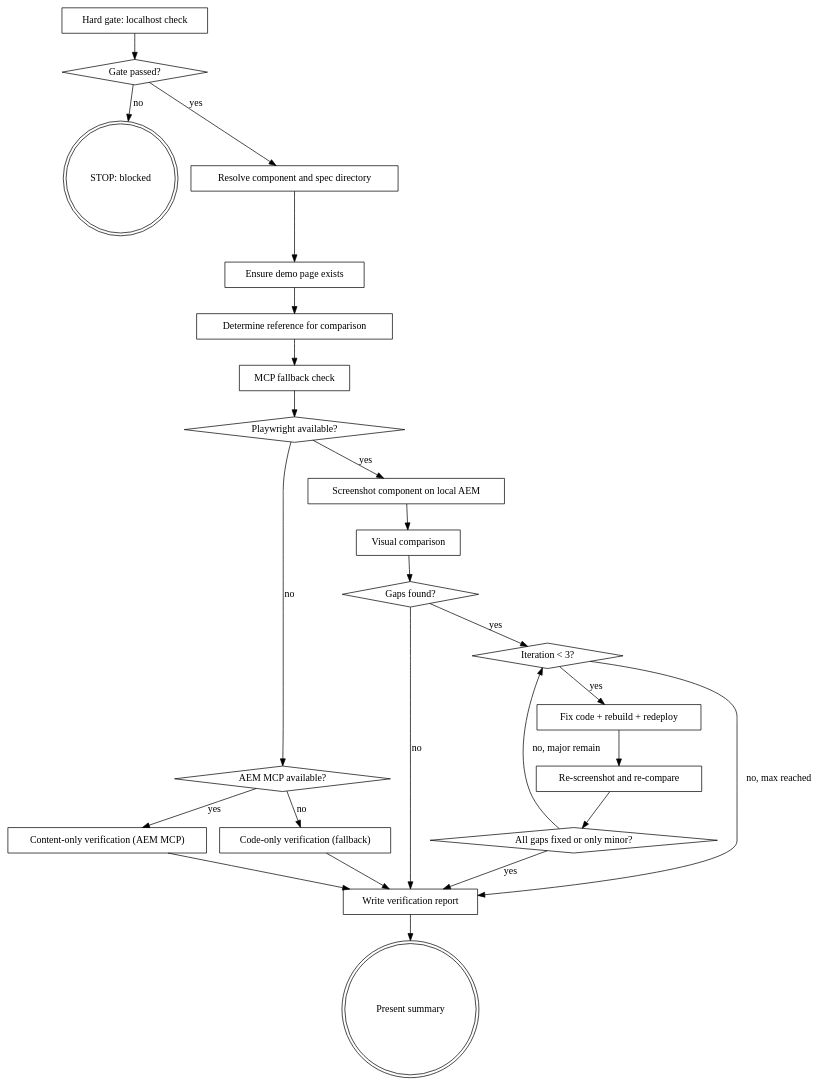
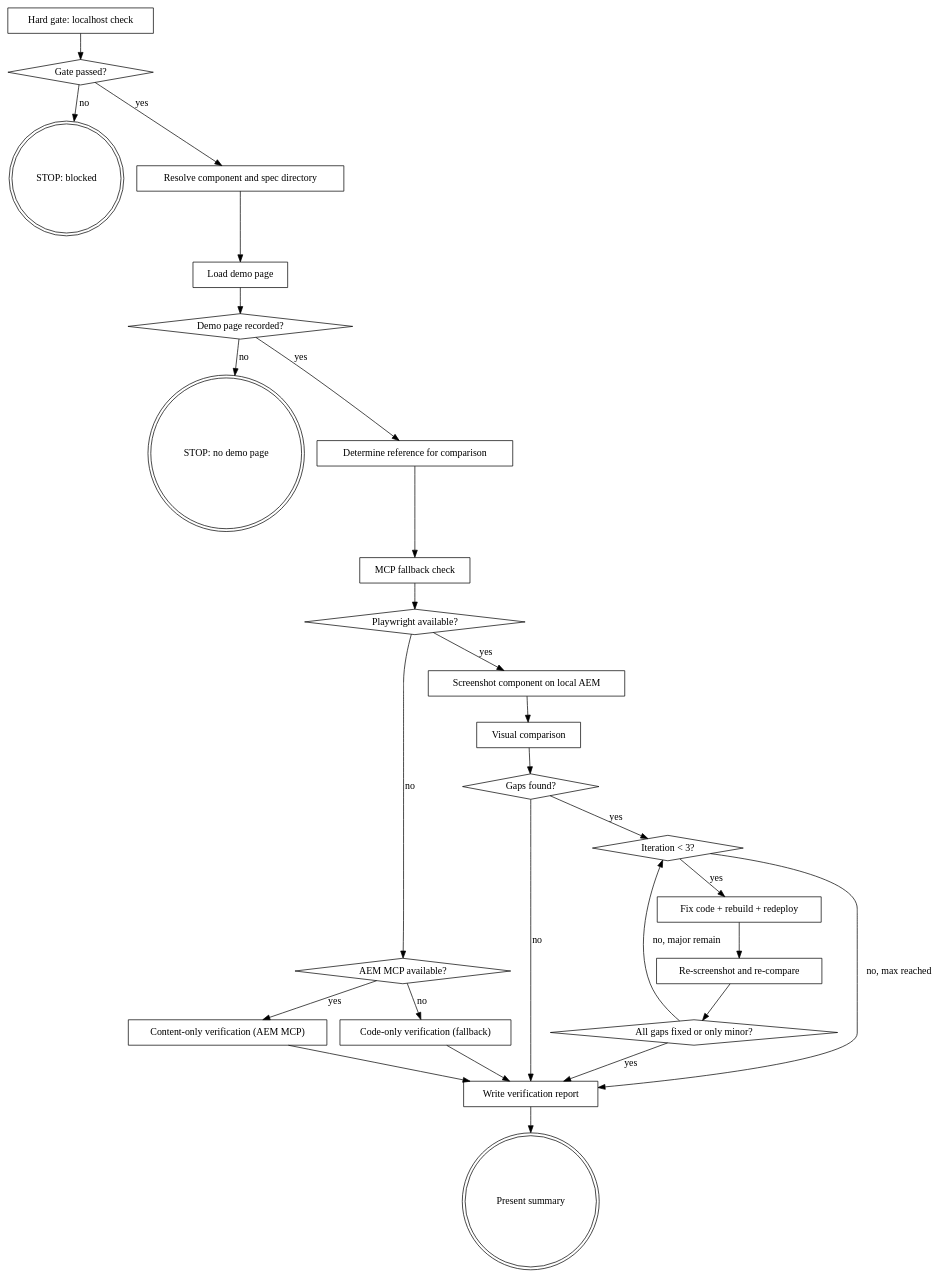
One commit to easingthemes/dx-aem-flow changed the diagram in plugins/dx-aem/skills/aem-fe-verify/SKILL.md. Above: the diagram before and after it, drawn with Graphviz. The commit also changed other lines of this file and 88 other files, not shown here.

First line of the commit message:
feat: consolidate post-merge flow into aem-demo-page, dx-qa-handoff and dx-post-merge (#283)

````diff
--- a/plugins/dx-aem/skills/aem-fe-verify/SKILL.md
+++ b/plugins/dx-aem/skills/aem-fe-verify/SKILL.md
@@ -35,49 +35,53 @@
 ```dot
 digraph aem_fe_verify {
     "Hard gate: localhost check" [shape=box];
     "Gate passed?" [shape=diamond];
     "STOP: blocked" [shape=doublecircle];
     "Resolve component and spec directory" [shape=box];
-    "Ensure demo page exists" [shape=box];
+    "Load demo page" [shape=box];
+    "Demo page recorded?" [shape=diamond];
+    "STOP: no demo page" [shape=doublecircle];
     "Determine reference for comparison" [shape=box];
     "MCP fallback check" [shape=box];
     "Playwright available?" [shape=diamond];
     "AEM MCP available?" [shape=diamond];
     "Content-only verification (AEM MCP)" [shape=box];
     "Code-only verification (fallback)" [shape=box];
     "Screenshot component on local AEM" [shape=box];
     "Visual comparison" [shape=box];
     "Gaps found?" [shape=diamond];
     "Iteration < 3?" [shape=diamond];
     "Fix code + rebuild + redeploy" [shape=box];
     "Re-screenshot and re-compare" [shape=box];
     "All gaps fixed or only minor?" [shape=diamond];
     "Write verification report" [shape=box];
     "Present summary" [shape=doublecircle];
 
     "Hard gate: localhost check" -> "Gate passed?";
     "Gate passed?" -> "STOP: blocked" [label="no"];
     "Gate passed?" -> "Resolve component and spec directory" [label="yes"];
-    "Resolve component and spec directory" -> "Ensure demo page exists";
-    "Ensure demo page exists" -> "Determine reference for comparison";
+    "Resolve component and spec directory" -> "Load demo page";
+    "Load demo page" -> "Demo page recorded?";
+    "Demo page recorded?" -> "STOP: no demo page" [label="no"];
+    "Demo page recorded?" -> "Determine reference for comparison" [label="yes"];
     "Determine reference for comparison" -> "MCP fallback check";
     "MCP fallback check" -> "Playwright available?";
     "Playwright available?" -> "Screenshot component on local AEM" [label="yes"];
     "Playwright available?" -> "AEM MCP available?" [label="no"];
     "AEM MCP available?" -> "Content-only verification (AEM MCP)" [label="yes"];
     "AEM MCP available?" -> "Code-only verification (fallback)" [label="no"];
     "Content-only verification (AEM MCP)" -> "Write verification report";
     "Code-only verification (fallback)" -> "Write verification report";
     "Screenshot component on local AEM" -> "Visual comparison";
     "Visual comparison" -> "Gaps found?";
     "Gaps found?" -> "Write verification report" [label="no"];
     "Gaps found?" -> "Iteration < 3?" [label="yes"];
     "Iteration < 3?" -> "Fix code + rebuild + redeploy" [label="yes"];
     "Iteration < 3?" -> "Write verification report" [label="no, max reached"];
     "Fix code + rebuild + redeploy" -> "Re-screenshot and re-compare";
     "Re-screenshot and re-compare" -> "All gaps fixed or only minor?";
     "All gaps fixed or only minor?" -> "Write verification report" [label="yes"];
     "All gaps fixed or only minor?" -> "Iteration < 3?" [label="no, major remain"];
     "Write verification report" -> "Present summary";
 }
 ```
````
